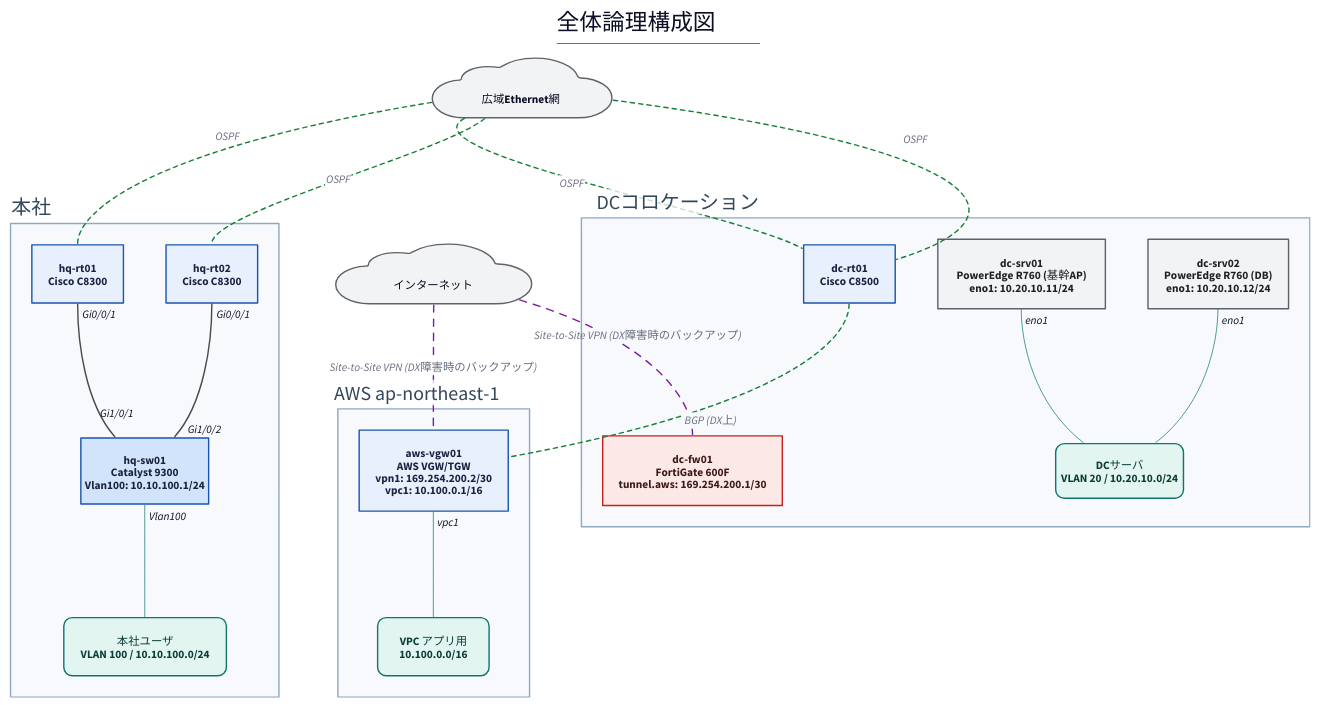
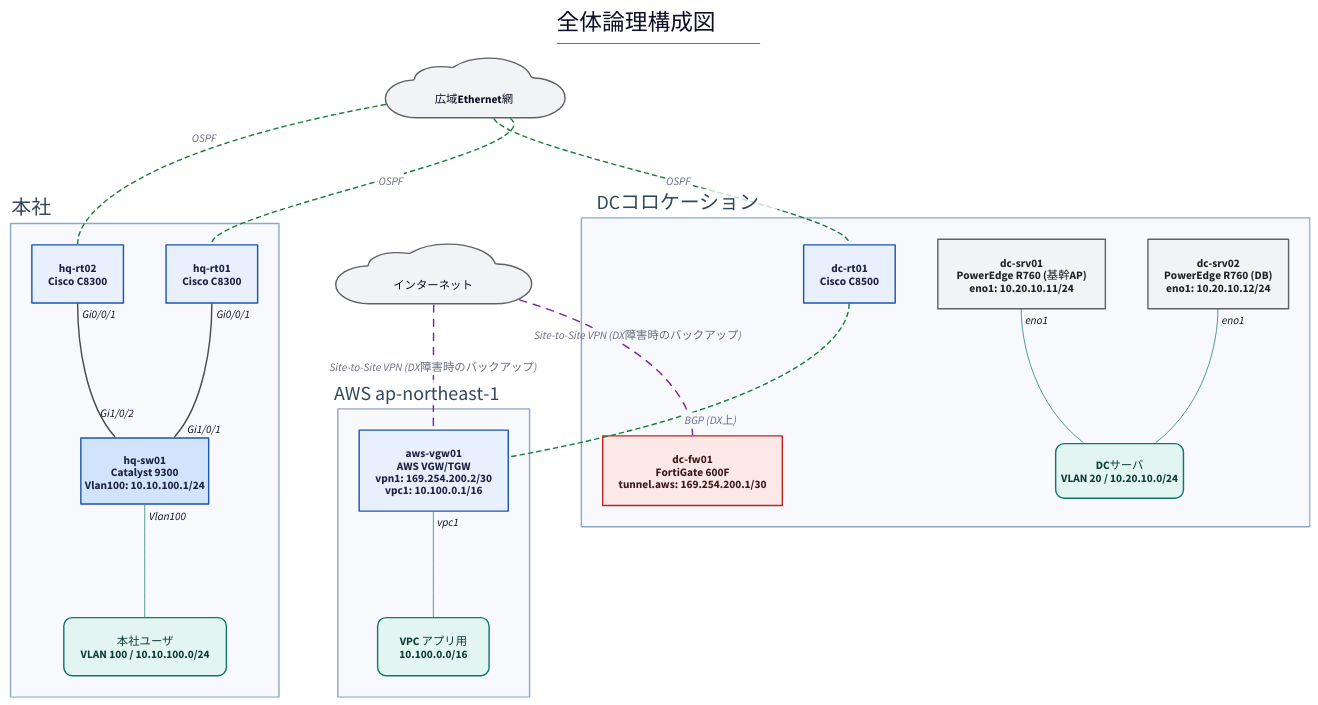
Before and after one commit to thinas1115/nwdsl: the diagram in examples/hq-dc-cloud/generated/logical-all.d2, drawn with D2. The commit also changed 31 other files, not shown here.

```diff
--- a/examples/hq-dc-cloud/generated/logical-all.d2
+++ b/examples/hq-dc-cloud/generated/logical-all.d2
@@ -1,66 +1,65 @@
 title: |md
   # 全体論理構成図
 | {near: top-center}
 direction: down
 
 classes: {
   role-router: {style.fill: "#e8f0fe"; style.stroke: "#1a56b0"; style.font-color: "#1a2340"}
   role-l3switch: {style.fill: "#d2e3fc"; style.stroke: "#1a56b0"; style.font-color: "#1a2340"}
   role-l2switch: {style.fill: "#e6f4ea"; style.stroke: "#137333"; style.font-color: "#1a2e1f"}
   role-firewall: {style.fill: "#fce8e6"; style.stroke: "#c5221f"; style.font-color: "#3c1a19"}
   role-other: {style.fill: "#f1f3f4"; style.stroke: "#5f6368"; style.font-color: "#202124"}
   node-cloud: {shape: cloud; style.fill: "#f1f3f4"; style.stroke: "#5f6368"}
   node-site: {style.fill: "#fff8e1"; style.stroke: "#b58105"; style.font-color: "#4a3a08"}
   node-segment: {style.fill: "#e2f5f0"; style.stroke: "#0f766e"; style.font-color: "#0b3d38"; style.border-radius: 12}
   node-external: {style.fill: "#ffffff"; style.stroke: "#9aa0a6"; style.stroke-dash: 3}
   group-site: {style.fill: "#f7f9fc"; style.stroke: "#8fa8c4"; style.font-color: "#33475b"}
   edge-label: {style.fill: "transparent"; style.stroke: "transparent"; style.font-size: 14; style.font-color: "#5f6368"; style.italic: true}
   edge-lan-cable: {style.stroke: "#4a4a4a"; style.stroke-width: 2}
   edge-wan-circuit: {style.stroke: "#1a73e8"; style.stroke-width: 4}
   edge-tunnel: {style.stroke: "#7b1fa2"; style.stroke-width: 2; style.stroke-dash: 5}
   edge-logical: {style.stroke: "#188038"; style.stroke-width: 2; style.stroke-dash: 3}
   edge-segment: {style.stroke: "#0f766e"; style.stroke-width: 1}
 }
 
 s_dc: "DCコロケーション" {
   class: group-site
   label.near: outside-top-left
   n_dc_fw01: "dc-fw01\nFortiGate 600F\ntunnel.aws: 169.254.200.1/30" {class: role-firewall}
   n_dc_rt01: "dc-rt01\nCisco C8500" {class: role-router}
   n_dc_srv01: "dc-srv01\nPowerEdge R760 (基幹AP)\neno1: 10.20.10.11/24" {class: role-other}
   n_dc_srv02: "dc-srv02\nPowerEdge R760 (DB)\neno1: 10.20.10.12/24" {class: role-other}
   n_seg__dc_servers: "DCサーバ\nVLAN 20 / 10.20.10.0/24" {class: node-segment; width: 180}
 }
 
 s_aws: "AWS ap-northeast-1" {
   class: group-site
   label.near: outside-top-left
   n_aws_vgw01: "aws-vgw01\nAWS VGW/TGW\nvpn1: 169.254.200.2/30\nvpc1: 10.100.0.1/16" {class: role-router}
   n_seg__aws_vpc_app: "VPC アプリ用\n10.100.0.0/16" {class: node-segment}
 }
 
 s_hq: "本社" {
   class: group-site
   label.near: outside-top-left
   n_hq_rt01: "hq-rt01\nCisco C8300" {class: role-router}
   n_hq_rt02: "hq-rt02\nCisco C8300" {class: role-router}
   n_hq_sw01: "hq-sw01\nCatalyst 9300\nVlan100: 10.10.100.1/24" {class: role-l3switch; width: 180}
   n_seg__hq_users: "本社ユーザ\nVLAN 100 / 10.10.100.0/24" {class: node-segment}
 }
 
 n_internet: "　インターネット　" {class: node-cloud}
 n_wide_ether: "　広域Ethernet網　" {class: node-cloud}
 
 n_internet -- s_dc.n_dc_fw01: "Site-to-Site VPN (DX障害時のバックアップ)" {class: edge-tunnel}
 n_internet -- s_aws.n_aws_vgw01: "Site-to-Site VPN (DX障害時のバックアップ)" {class: edge-tunnel}
 n_wide_ether -- s_hq.n_hq_rt01: "OSPF" {class: edge-logical}
 n_wide_ether -- s_dc.n_dc_rt01: "OSPF" {class: edge-logical}
 n_wide_ether -- s_hq.n_hq_rt02: "OSPF" {class: edge-logical}
-n_wide_ether -- s_dc.n_dc_rt01: "OSPF" {class: edge-logical}
 s_dc.n_dc_rt01 -- s_aws.n_aws_vgw01: "BGP (DX上)" {class: edge-logical}
 s_hq.n_hq_rt01 -- s_hq.n_hq_sw01 {class: edge-lan-cable; source-arrowhead.label: "Gi0/0/1"; target-arrowhead.label: "Gi1/0/1"}
 s_hq.n_hq_rt02 -- s_hq.n_hq_sw01 {class: edge-lan-cable; source-arrowhead.label: "Gi0/0/1"; target-arrowhead.label: "Gi1/0/2"}
 s_hq.n_hq_sw01 -- s_hq.n_seg__hq_users {class: edge-segment; source-arrowhead.label: "Vlan100"}
 s_dc.n_dc_srv01 -- s_dc.n_seg__dc_servers {class: edge-segment; source-arrowhead.label: "eno1"}
 s_dc.n_dc_srv02 -- s_dc.n_seg__dc_servers {class: edge-segment; source-arrowhead.label: "eno1"}
 s_aws.n_aws_vgw01 -- s_aws.n_seg__aws_vpc_app {class: edge-segment; source-arrowhead.label: "vpc1"}
```
